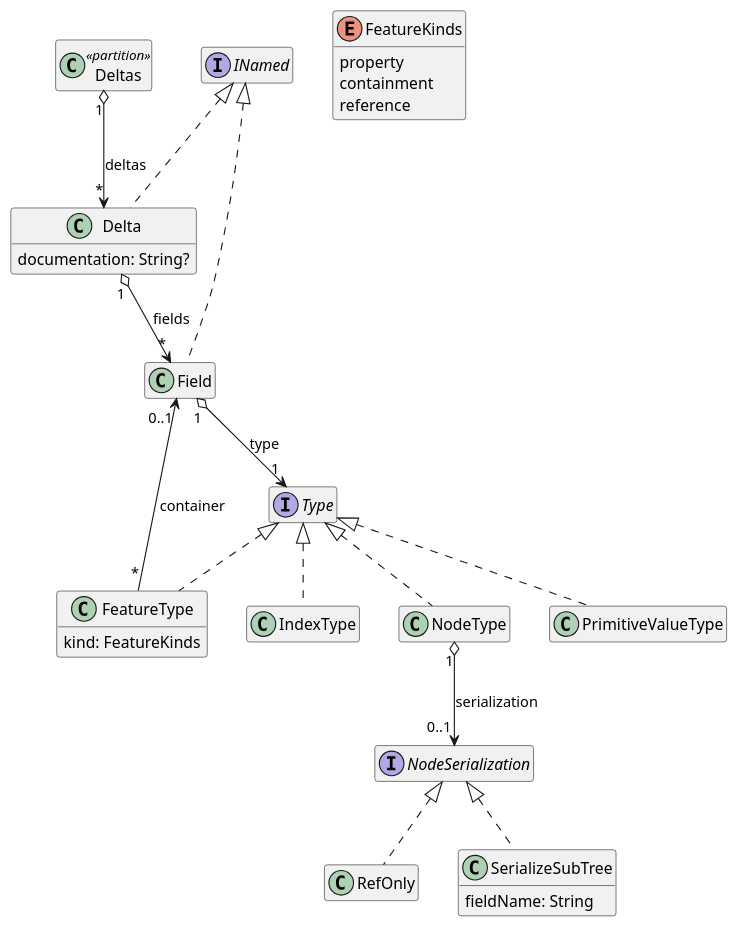
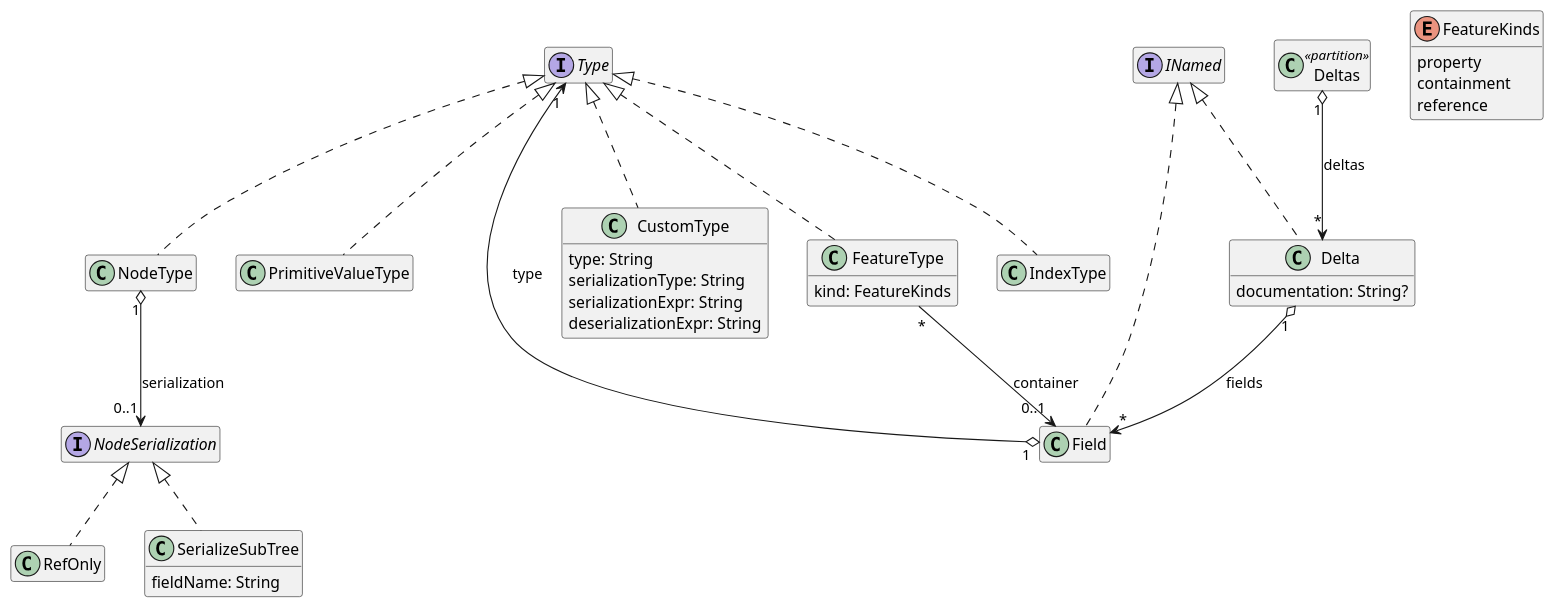
One commit to LionWeb-io/lionweb-typescript changed the diagram in packages/build/artifacts/delta-language.puml. Above: the diagram before and after it, drawn with PlantUML. The commit also changed 34 other files, not shown here.

```diff
--- a/packages/build/artifacts/delta-language.puml
+++ b/packages/build/artifacts/delta-language.puml
@@ -21,56 +21,64 @@
 @startuml
 hide empty members
 
 ' qualified name: "Deltas"
 
+
+class CustomType implements Type {
+  type: String
+  serializationType: String
+  serializationExpr: String
+  deserializationExpr: String
+}
 
 class Delta implements INamed {
   documentation: String?
 }
 
 class Deltas <<partition>>
 
 enum FeatureKinds {
   property
   containment
   reference
 }
 
 class FeatureType implements Type {
   kind: FeatureKinds
 }
 
 class Field implements INamed
 
 class IndexType implements Type
 
 interface NodeSerialization
 class NodeType implements Type
 
 class PrimitiveValueType implements Type
 
 class RefOnly implements NodeSerialization
 
 class SerializeSubTree implements NodeSerialization {
   fieldName: String
 }
 
 interface Type
 
 
 ' relations:
 
+
 Delta "1" o--> "*" Field: fields
 Deltas "1" o--> "*" Delta: deltas
 
 FeatureType "*" --> "0..1" Field: container
 Field "1" o--> "1" Type: type
 
 
 NodeType "1" o--> "0..1" NodeSerialization: serialization
 
 
 
 
 
 @enduml
```
